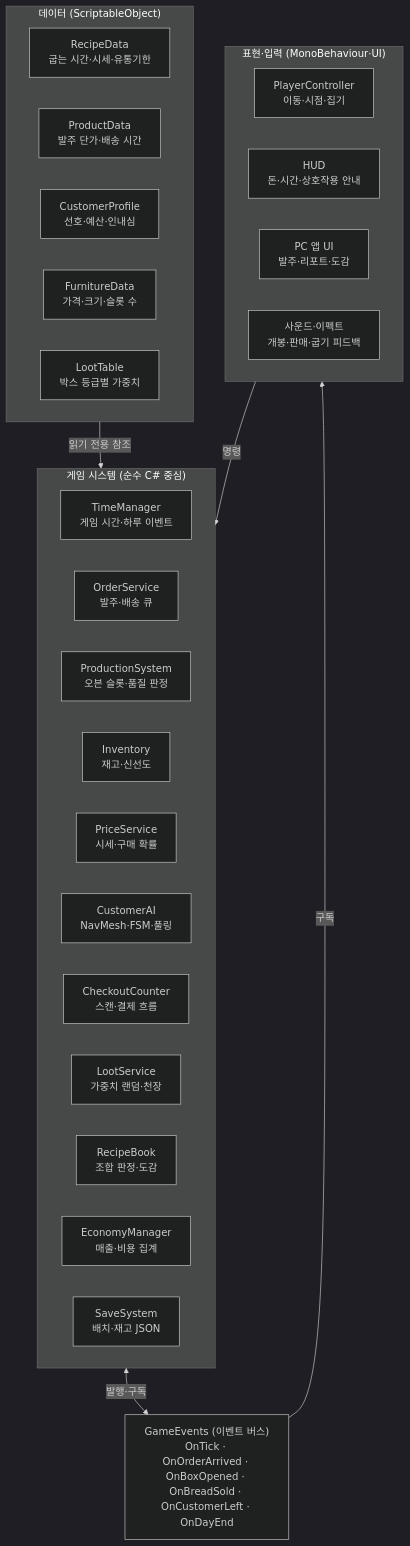
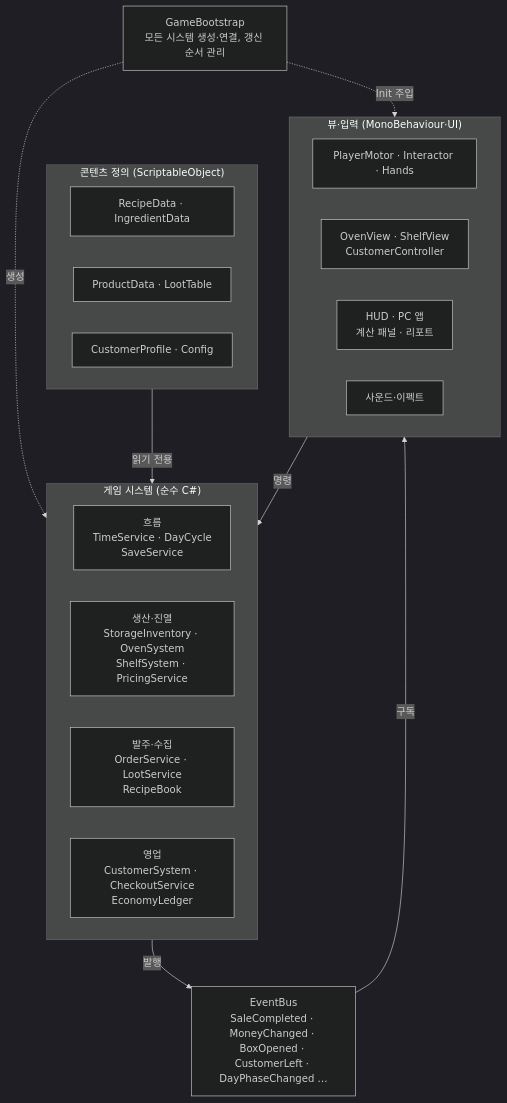
Before and after one commit to SeanKim0719/bakery-shop-simulator: the diagram in docs/ARCHITECTURE.md, drawn with Mermaid (dark theme). The commit also changed other lines of this file and 17 other files, not shown here.

````diff
--- a/docs/ARCHITECTURE.md
+++ b/docs/ARCHITECTURE.md
@@ -7,38 +7,36 @@
 ```mermaid
 flowchart TB
-    subgraph Data["데이터 (ScriptableObject)"]
-        RecipeData["RecipeData<br/>굽는 시간·시세·유통기한"]
-        ProductData["ProductData<br/>발주 단가·배송 시간"]
-        CustomerProfile["CustomerProfile<br/>선호·예산·인내심"]
-        FurnitureData["FurnitureData<br/>가격·크기·슬롯 수"]
-        LootTable["LootTable<br/>박스 등급별 가중치"]
+    Boot["GameBootstrap<br/>모든 시스템 생성·연결, 갱신 순서 관리"]
+
+    subgraph Data["콘텐츠 정의 (ScriptableObject)"]
+        direction LR
+        D1["RecipeData · IngredientData"]
+        D2["ProductData · LootTable"]
+        D3["CustomerProfile · Config"]
     end
 
-    subgraph Systems["게임 시스템 (순수 C# 중심)"]
-        TimeManager["TimeManager<br/>게임 시간·하루 이벤트"]
-        OrderService["OrderService<br/>발주·배송 큐"]
-        ProductionSystem["ProductionSystem<br/>오븐 슬롯·품질 판정"]
-        Inventory["Inventory<br/>재고·신선도"]
-        PriceService["PriceService<br/>시세·구매 확률"]
-        CustomerAI["CustomerAI<br/>NavMesh·FSM·풀링"]
-        CheckoutCounter["CheckoutCounter<br/>스캔·결제 흐름"]
-        LootService["LootService<br/>가중치 랜덤·천장"]
-        RecipeBook["RecipeBook<br/>조합 판정·도감"]
-        EconomyManager["EconomyManager<br/>매출·비용 집계"]
-        SaveSystem["SaveSystem<br/>배치·재고 JSON"]
+    subgraph Systems["게임 시스템 (순수 C#)"]
+        direction LR
+        S1["흐름<br/>TimeService · DayCycle<br/>SaveService"]
+        S2["생산·진열<br/>StorageInventory · OvenSystem<br/>ShelfSystem · PricingService"]
+        S3["발주·수집<br/>OrderService · LootService<br/>RecipeBook"]
+        S4["영업<br/>CustomerSystem · CheckoutService<br/>EconomyLedger"]
     end
 
-    Bus["GameEvents (이벤트 버스)<br/>OnTick · OnOrderArrived · OnBoxOpened · OnBreadSold · OnCustomerLeft · OnDayEnd"]
+    Bus["EventBus<br/>SaleCompleted · MoneyChanged · BoxOpened · CustomerLeft · DayPhaseChanged …"]
 
-    subgraph Presentation["표현·입력 (MonoBehaviour·UI)"]
-        PlayerController["PlayerController<br/>이동·시점·집기"]
-        HUD["HUD<br/>돈·시간·상호작용 안내"]
-        PCApp["PC 앱 UI<br/>발주·리포트·도감"]
-        FX["사운드·이펙트<br/>개봉·판매·굽기 피드백"]
+    subgraph Presentation["뷰·입력 (MonoBehaviour·UI)"]
+        direction LR
+        V1["PlayerMotor · Interactor · Hands"]
+        V2["OvenView · ShelfView<br/>CustomerController"]
+        V3["HUD · PC 앱<br/>계산 패널 · 리포트"]
+        V4["사운드·이펙트"]
     end
 
-    Data -->|읽기 전용 참조| Systems
-    Systems <-->|발행·구독| Bus
+    Boot -. 생성 .-> Systems
+    Boot -. Init 주입 .-> Presentation
+    Data -->|읽기 전용| Systems
+    Systems -->|발행| Bus
     Bus -->|구독| Presentation
     Presentation -->|명령| Systems
 ```
````
